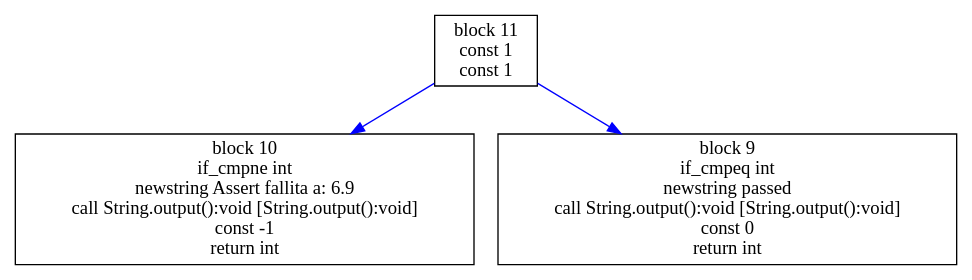
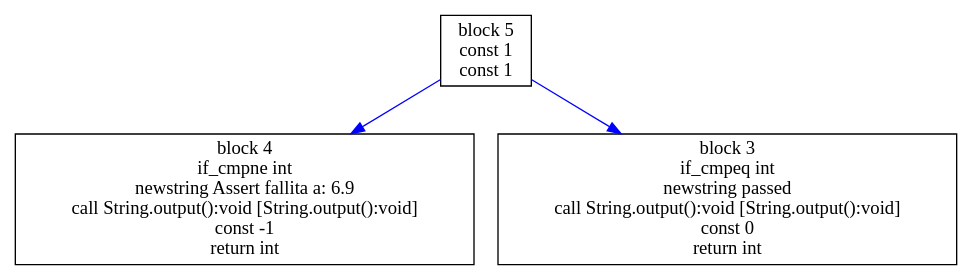
Before and after one commit to PgRepository/Kitten: the diagram in Kitten/testcases/PG.giovanni=test.dot, drawn with Graphviz. The commit also changed 843 other files, not shown here.

```diff
--- a/Kitten/testcases/PG.giovanni=test.dot
+++ b/Kitten/testcases/PG.giovanni=test.dot
@@ -1,8 +1,8 @@
 digraph "PG.giovanni=test" {
 size = "11,7.5";
-codeblock_11 [ shape = box, label = "block 11\nconst 1\nconst 1"];
-codeblock_10 [ shape = box, label = "block 10\nif_cmpne int\nnewstring Assert fallita a: 6.9\ncall String.output():void [String.output():void]\nconst -1\nreturn int"];
-codeblock_11->codeblock_10 [color = blue label = "" fontsize = 8]
-codeblock_9 [ shape = box, label = "block 9\nif_cmpeq int\nnewstring passed\ncall String.output():void [String.output():void]\nconst 0\nreturn int"];
-codeblock_11->codeblock_9 [color = blue label = "" fontsize = 8]
+codeblock_5 [ shape = box, label = "block 5\nconst 1\nconst 1"];
+codeblock_4 [ shape = box, label = "block 4\nif_cmpne int\nnewstring Assert fallita a: 6.9\ncall String.output():void [String.output():void]\nconst -1\nreturn int"];
+codeblock_5->codeblock_4 [color = blue label = "" fontsize = 8]
+codeblock_3 [ shape = box, label = "block 3\nif_cmpeq int\nnewstring passed\ncall String.output():void [String.output():void]\nconst 0\nreturn int"];
+codeblock_5->codeblock_3 [color = blue label = "" fontsize = 8]
 }
```
